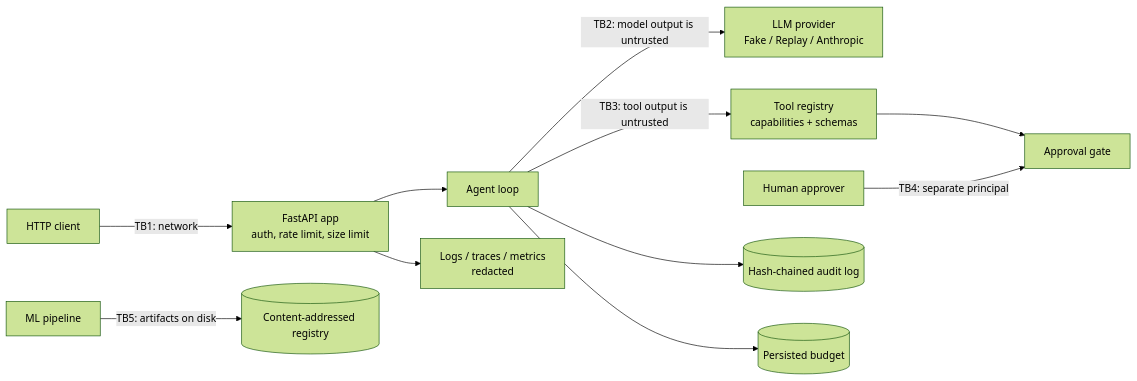
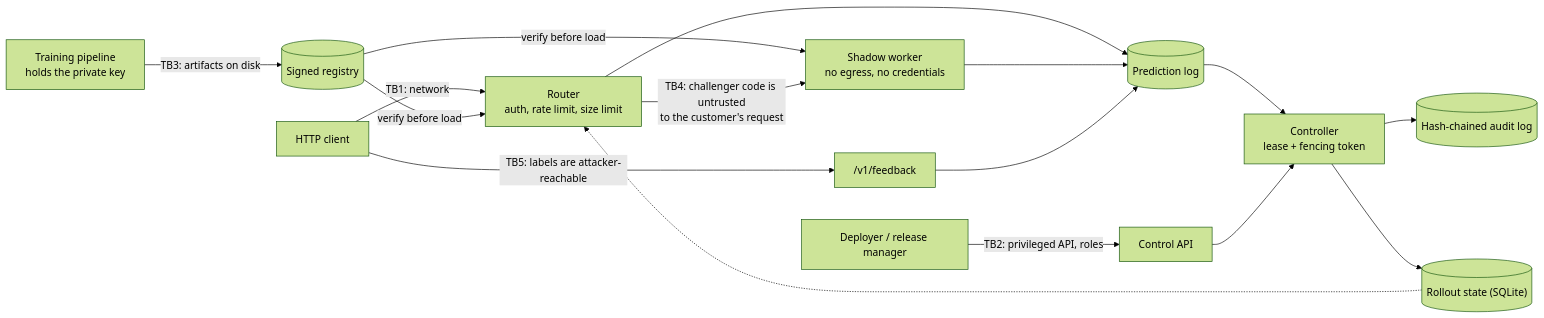
The diagram in docs/THREAT_MODEL.md (rouviere-german/progressive-model-delivery), drawn with Mermaid (forest theme) before and after one commit. The commit also changed other lines of this file and 10 other files, not shown here.

````diff
--- a/docs/THREAT_MODEL.md
+++ b/docs/THREAT_MODEL.md
@@ -13,13 +15,18 @@
 ```mermaid
 flowchart LR
-    client[HTTP client] -- "TB1: network" --> api[FastAPI app<br/>auth, rate limit, size limit]
-    api --> agent[Agent loop]
-    agent -- "TB2: model output is untrusted" --> llm[LLM provider<br/>Fake / Replay / Anthropic]
-    agent -- "TB3: tool output is untrusted" --> tools[Tool registry<br/>capabilities + schemas]
-    tools --> gate[Approval gate]
-    human[Human approver] -- "TB4: separate principal" --> gate
-    agent --> audit[(Hash-chained audit log)]
-    agent --> budget[(Persisted budget)]
-    api --> logs[Logs / traces / metrics<br/>redacted]
-    ml[ML pipeline] -- "TB5: artifacts on disk" --> registry[(Content-addressed registry)]
+    client["HTTP client"] -- "TB1: network" --> router["Router<br/>auth, rate limit, size limit"]
+    operator["Deployer / release manager"] -- "TB2: privileged API, roles" --> control["Control API"]
+    trainer["Training pipeline<br/>holds the private key"] -- "TB3: artifacts on disk" --> registry[("Signed registry")]
+    registry -- "verify before load" --> router
+    registry -- "verify before load" --> shadow
+    router -- "TB4: challenger code is untrusted<br/>to the customer's request" --> shadow["Shadow worker<br/>no egress, no credentials"]
+    router --> predlog[("Prediction log")]
+    shadow --> predlog
+    client -- "TB5: labels are attacker-reachable" --> feedback["/v1/feedback"]
+    feedback --> predlog
+    predlog --> controller["Controller<br/>lease + fencing token"]
+    control --> controller
+    controller --> audit[("Hash-chained audit log")]
+    controller --> state[("Rollout state (SQLite)")]
+    state -.-> router
 ```
````
